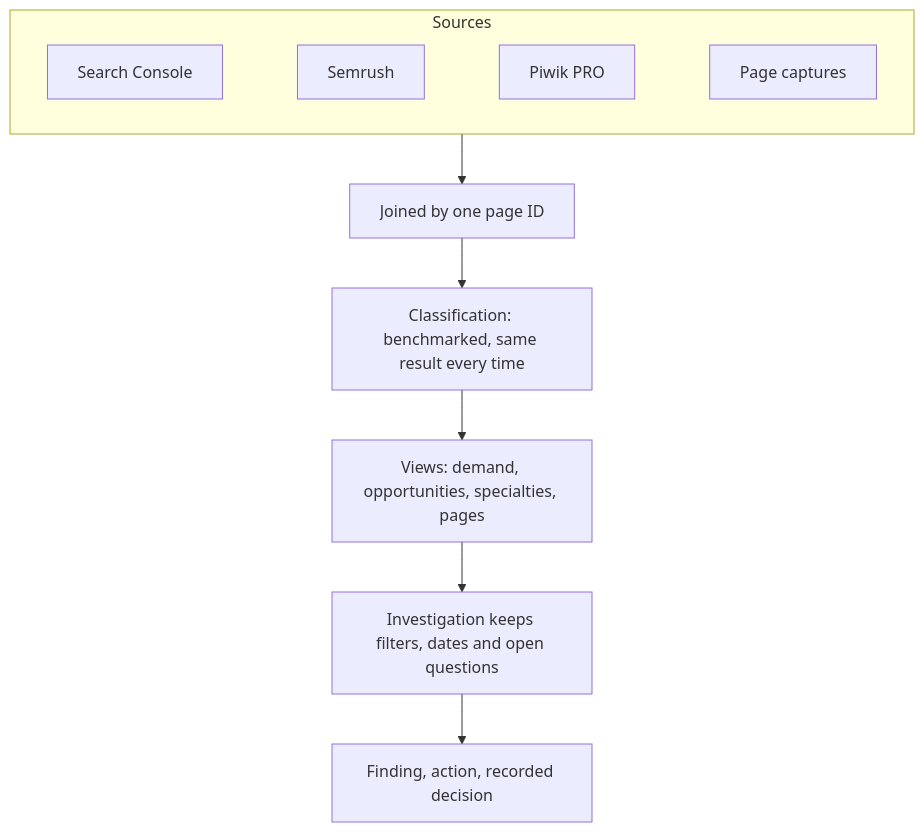
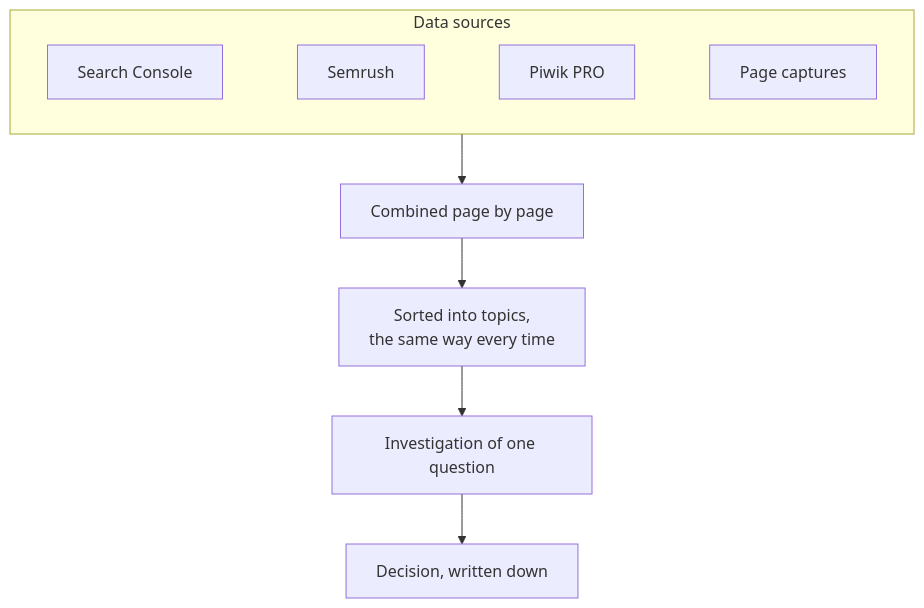
Before and after one commit to rekomakela/rekomakela: the first of 2 diagrams in README.md, drawn with Mermaid. The commit also changed other lines of this file, not shown here.

````diff
--- a/README.md
+++ b/README.md
@@ -17,12 +19,11 @@
 ```mermaid
 flowchart TB
-  subgraph S[Sources]
+  subgraph S[Data sources]
     direction LR
     GSC[Search Console] ~~~ SEM[Semrush] ~~~ PP[Piwik PRO] ~~~ PC[Page captures]
   end
-  S --> J["Joined by one page ID"]
-  J --> K["Classification: benchmarked, same result every time"]
-  K --> V["Views: demand, opportunities, specialties, pages"]
-  V --> I["Investigation keeps filters, dates and open questions"]
-  I --> D["Finding, action, recorded decision"]
+  S --> J["Combined page by page"]
+  J --> K["Sorted into topics,<br/>the same way every time"]
+  K --> I["Investigation of one question"]
+  I --> D["Decision, written down"]
 ```
````
